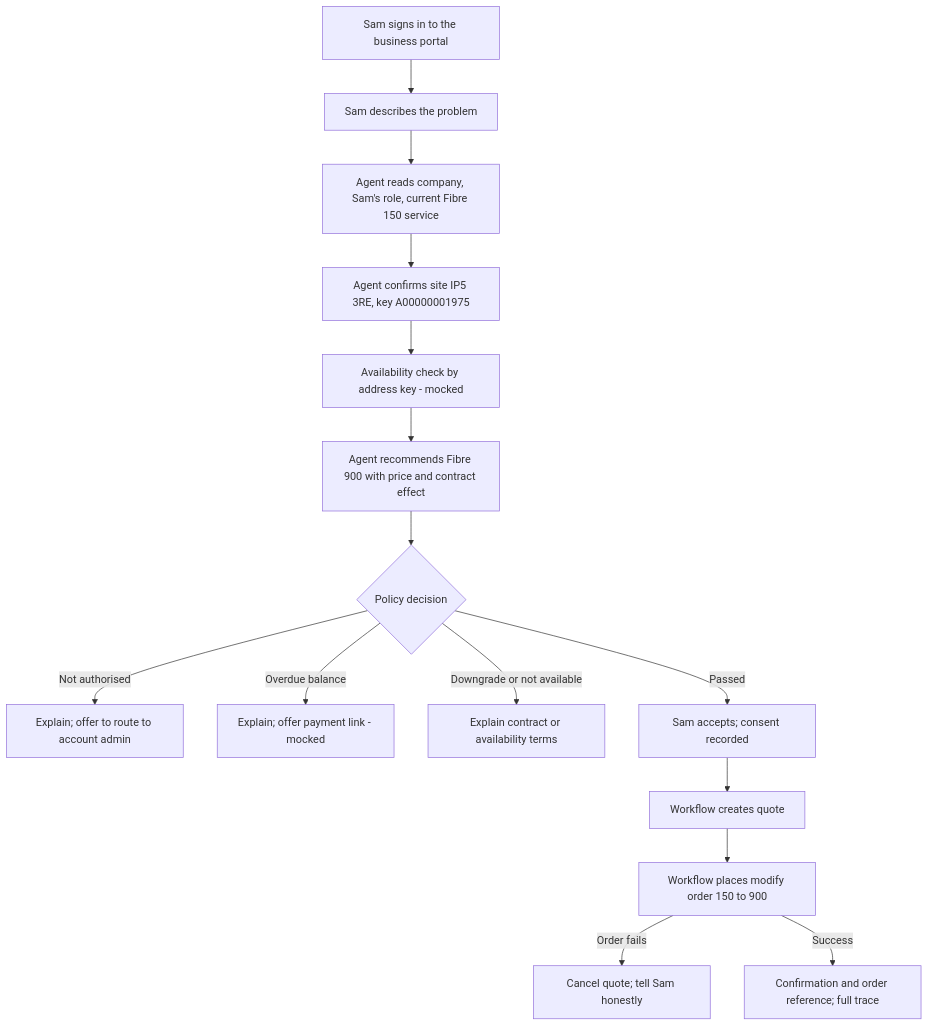
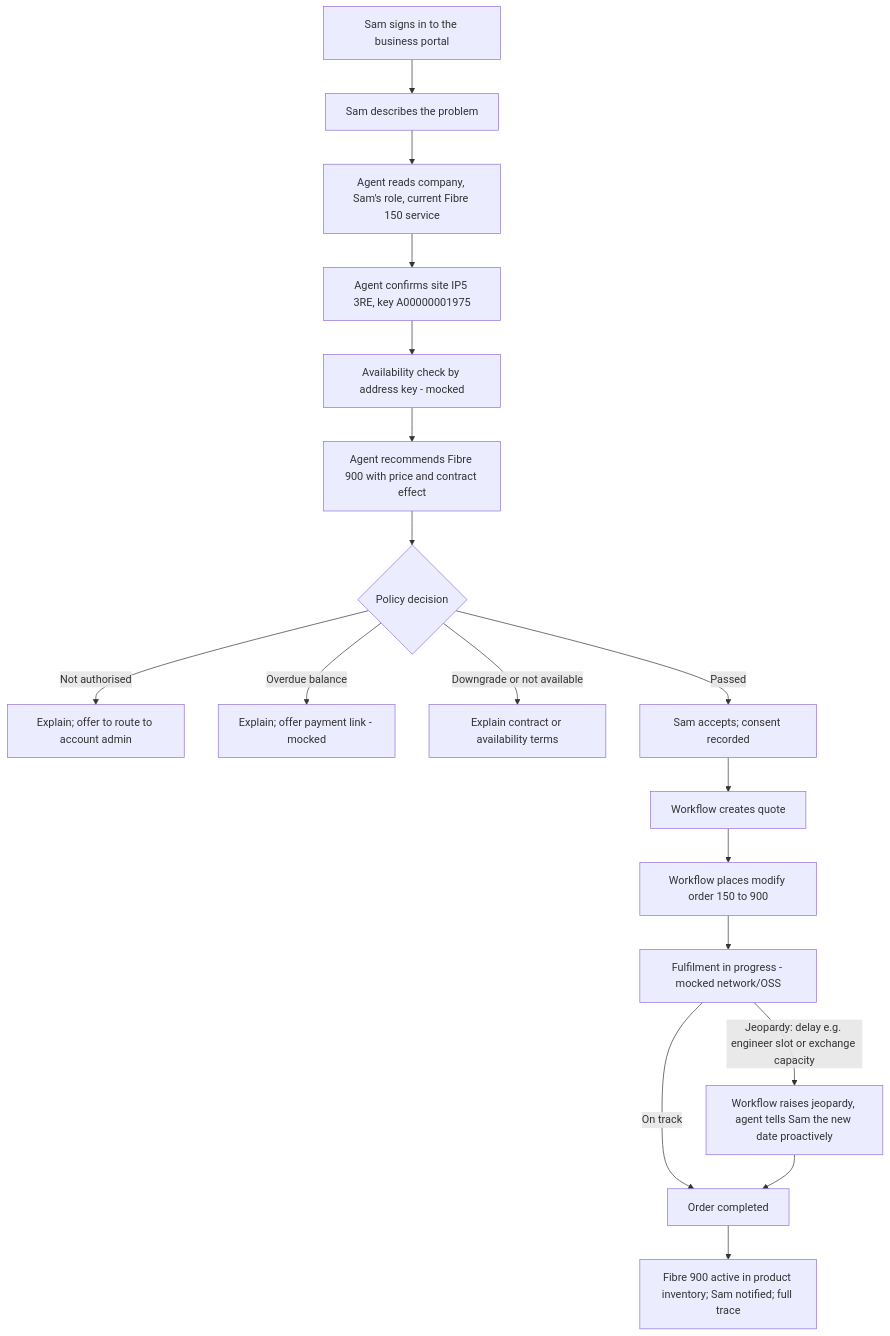
One commit to lalit4241/agentic-telco changed the diagram in docs/mvp/MVP-design.md. Above: the diagram before and after it, drawn with Mermaid. The commit also changed other lines of this file, not shown here.

Commit message:
MVP design: replace order failure with order jeopardy; end state is Fibre 900 active

````diff
--- a/docs/mvp/MVP-design.md
+++ b/docs/mvp/MVP-design.md
@@ -25,17 +25,20 @@
 ```mermaid
 flowchart TD
   A[Sam signs in to the business portal] --> B[Sam describes the problem]
   B --> C[Agent reads company, Sam's role, current Fibre 150 service]
   C --> D[Agent confirms site IP5 3RE, key A00000001975]
   D --> E[Availability check by address key - mocked]
   E --> F[Agent recommends Fibre 900 with price and contract effect]
   F --> G{Policy decision}
   G -- Not authorised --> X1[Explain; offer to route to account admin]
   G -- Overdue balance --> X2[Explain; offer payment link - mocked]
   G -- Downgrade or not available --> X4[Explain contract or availability terms]
   G -- Passed --> H[Sam accepts; consent recorded]
   H --> I[Workflow creates quote]
   I --> J[Workflow places modify order 150 to 900]
-  J -- Order fails --> X3[Cancel quote; tell Sam honestly]
-  J -- Success --> K[Confirmation and order reference; full trace]
+  J --> L[Fulfilment in progress - mocked network/OSS]
+  L -- On track --> K[Order completed]
+  L -- Jeopardy: delay e.g. engineer slot or exchange capacity --> M[Workflow raises jeopardy, agent tells Sam the new date proactively]
+  M --> K
+  K --> N[Fibre 900 active in product inventory; Sam notified; full trace]
 ```
````
